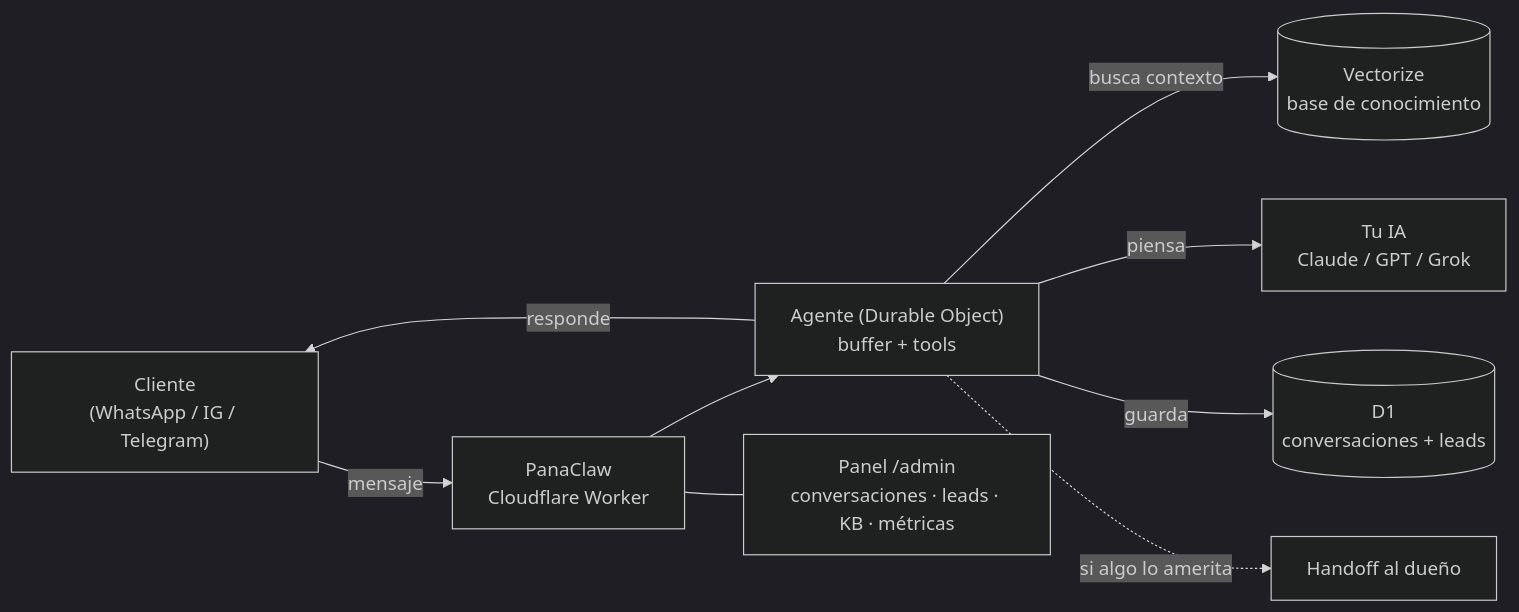
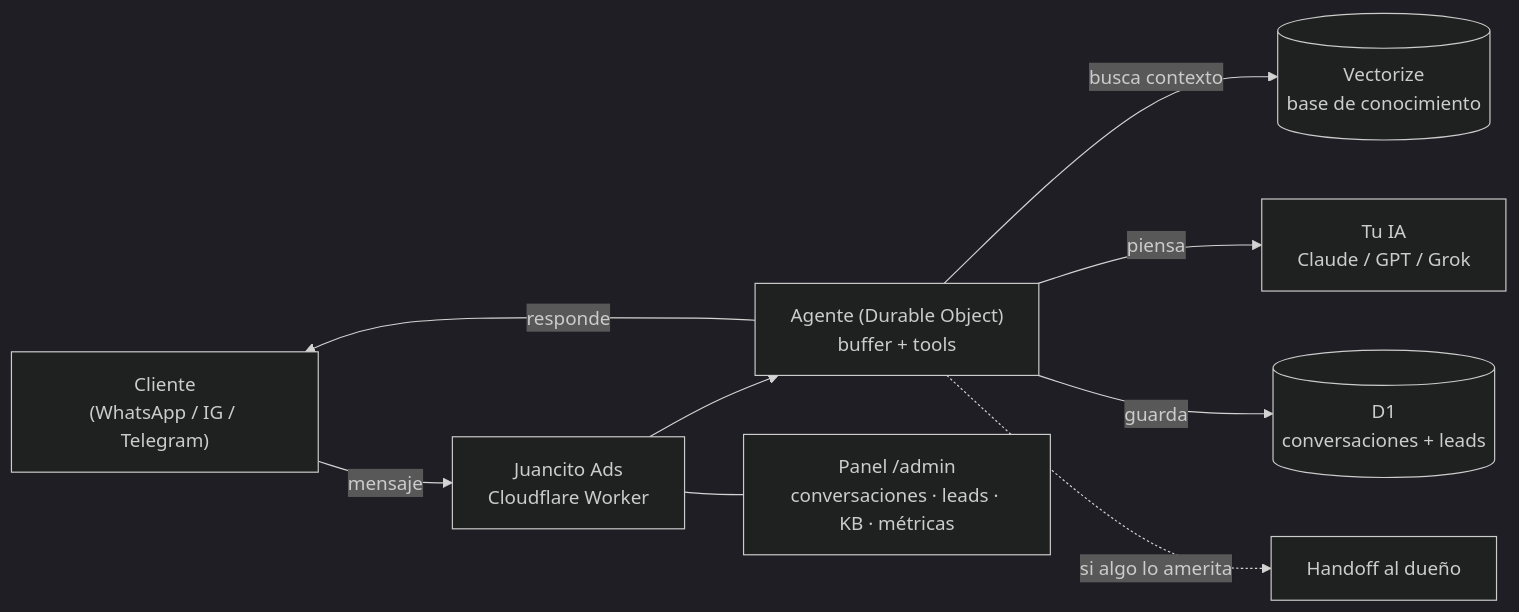
One commit to juanarrietabusiness-pixel/CRM-Baby-Caleb changed the diagram in README.md. Above: the diagram before and after it, drawn with Mermaid (dark theme). The commit also changed other lines of this file and 39 other files, not shown here.

First line of the commit message:
Rebautizar el CRM como Juancito Ads: identidad, paleta e instalador

````diff
--- a/README.md
+++ b/README.md
@@ -93,11 +93,11 @@
 ```mermaid
 flowchart LR
-    C["Cliente<br/>(WhatsApp / IG / Telegram)"] -->|mensaje| W["PanaClaw<br/>Cloudflare Worker"]
+    C["Cliente<br/>(WhatsApp / IG / Telegram)"] -->|mensaje| W["Juancito Ads<br/>Cloudflare Worker"]
     W --> A["Agente (Durable Object)<br/>buffer + tools"]
     A -->|busca contexto| V[("Vectorize<br/>base de conocimiento")]
     A -->|piensa| LLM["Tu IA<br/>Claude / GPT / Grok"]
     A -->|guarda| D[("D1<br/>conversaciones + leads")]
     A -->|responde| C
     A -.->|si algo lo amerita| O["Handoff al dueño"]
     W --- P["Panel /admin<br/>conversaciones · leads · KB · métricas"]
 ```
````
